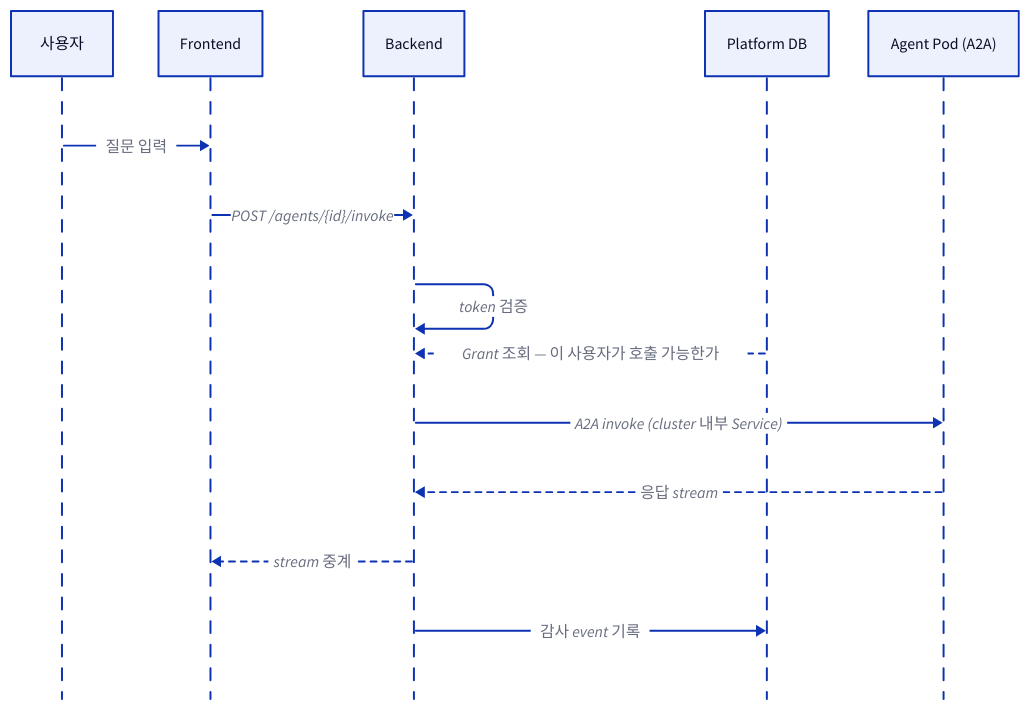
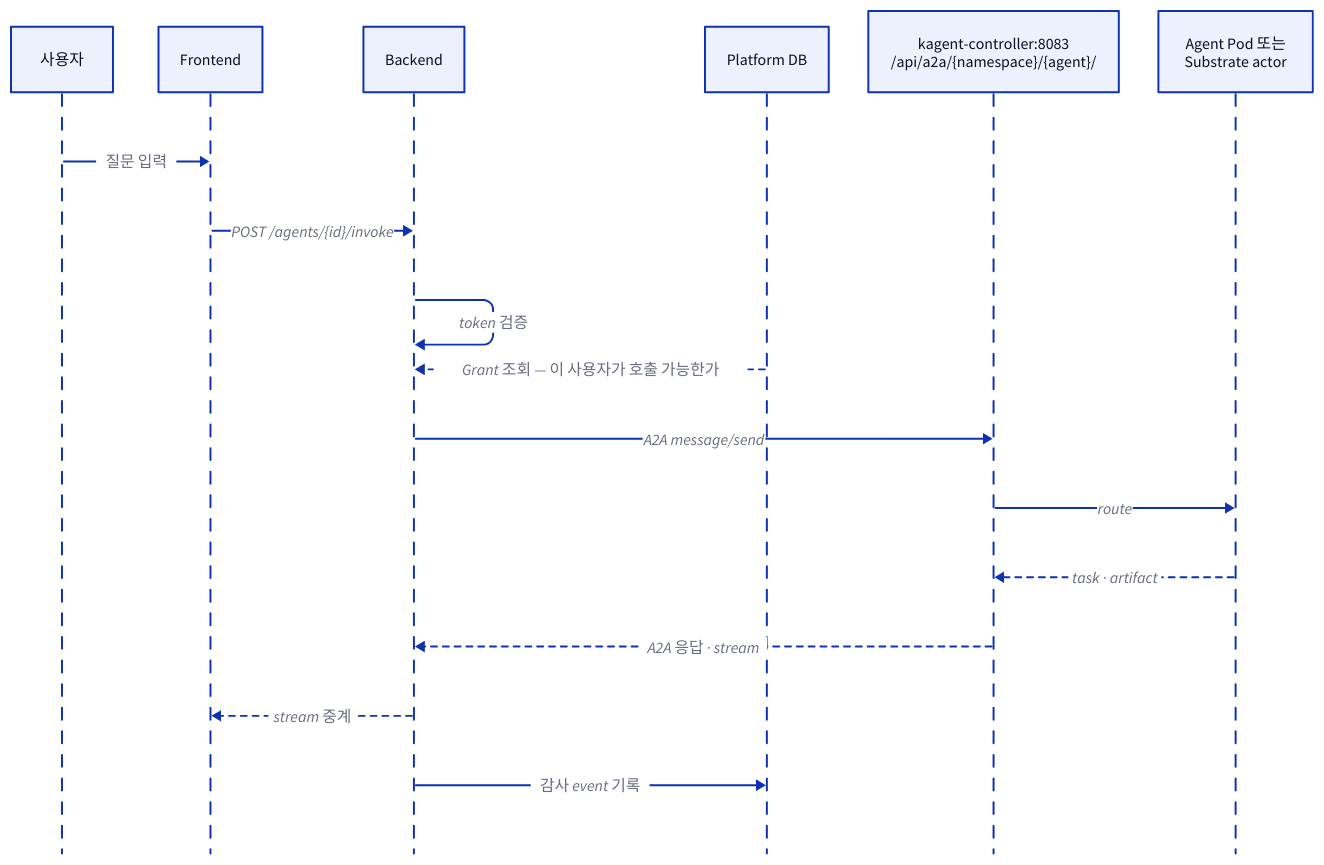
One commit to mechurak/study-starlight changed the second of 3 diagrams in src/content/docs/agent-platform/10-kagent-integration.mdx. Above: the diagram before and after it, drawn with D2. The commit also changed other lines of this file and 24 other files, not shown here.

Commit message:
Expand kagent lab with backend and Substrate exercises

````diff
--- a/src/content/docs/agent-platform/10-kagent-integration.mdx
+++ b/src/content/docs/agent-platform/10-kagent-integration.mdx
@@ -102,18 +104,21 @@
 ```d2 pad=40 title="사용자의 호출이 backend의 Grant 검사를 거쳐 Agent의 A2A endpoint로 가고 응답 stream이 되돌아오며 감사 기록이 남는 시퀀스"
 shape: sequence_diagram
 
 user: 사용자
 fe: Frontend
 be: Backend
 db: Platform DB
-agent: "Agent Pod (A2A)"
+ctrl: "kagent-controller:8083\n/api/a2a/{namespace}/{agent}/"
+runtime: "Agent Pod 또는\nSubstrate actor"
 
 user -> fe: "질문 입력"
 fe -> be: "POST /agents/{id}/invoke"
 be -> be: "token 검증"
 db -> be: "Grant 조회 — 이 사용자가 호출 가능한가" { style.stroke-dash: 3 }
-be -> agent: "A2A invoke (cluster 내부 Service)"
-agent -> be: "응답 stream" { style.stroke-dash: 3 }
+be -> ctrl: "A2A message/send"
+ctrl -> runtime: "route"
+runtime -> ctrl: "task · artifact" { style.stroke-dash: 3 }
+ctrl -> be: "A2A 응답 · stream" { style.stroke-dash: 3 }
 be -> fe: "stream 중계" { style.stroke-dash: 3 }
 be -> db: "감사 event 기록"
 ```
````
